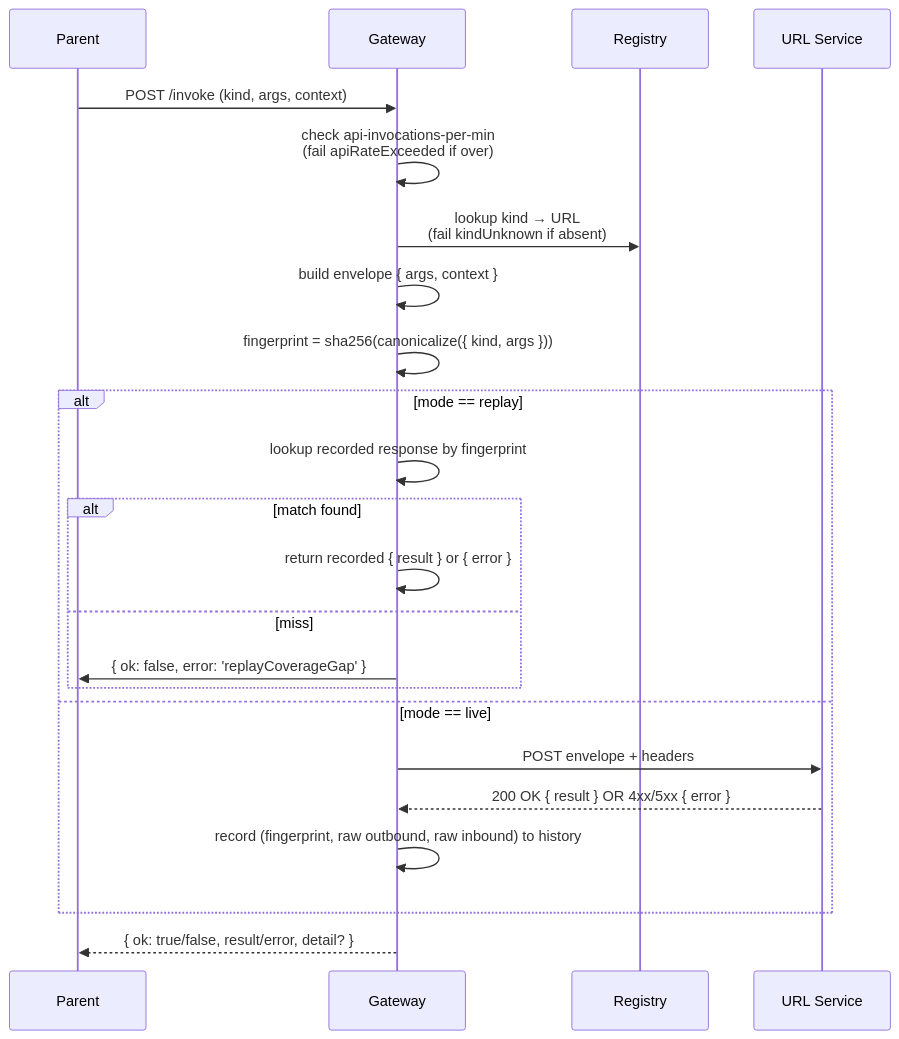
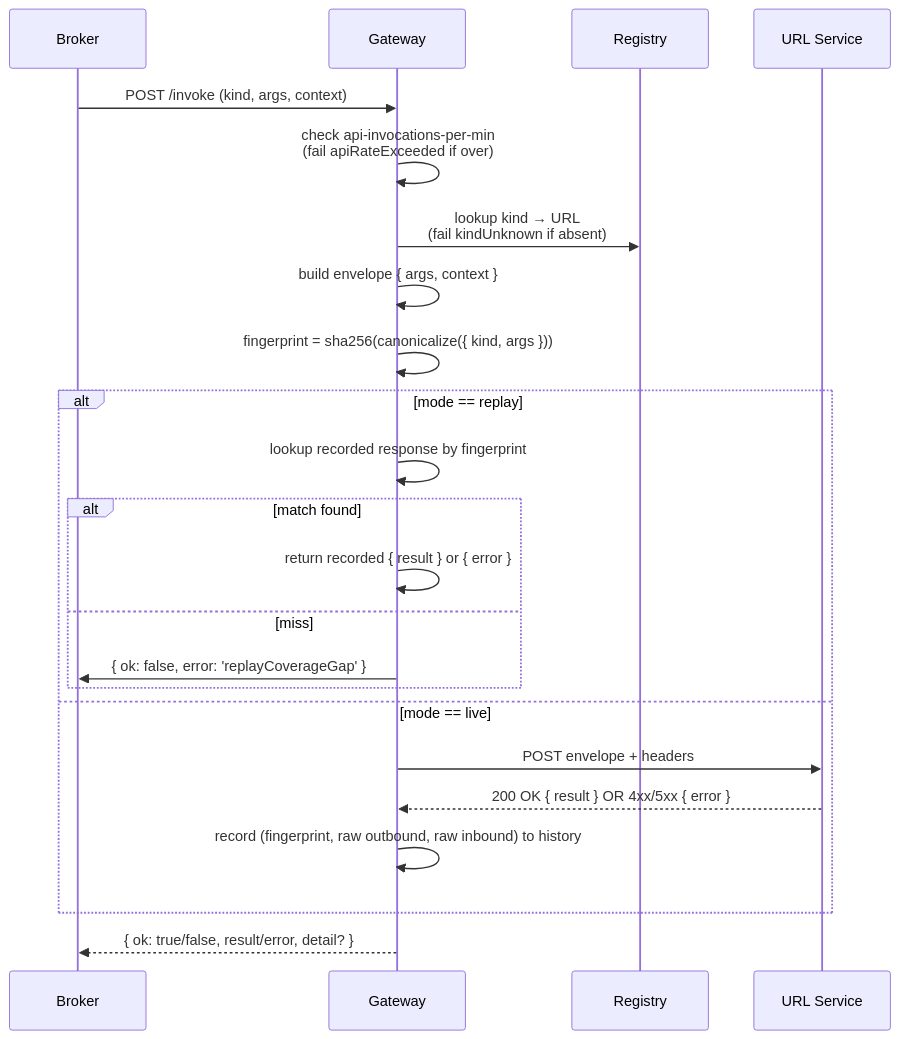
One commit to pax-historia/pax-backend changed the diagram in docs-next/subsystems/api-gateway.md. Above: the diagram before and after it, drawn with Mermaid. The commit also changed other lines of this file and 46 other files, not shown here.

````diff
--- a/docs-next/subsystems/api-gateway.md
+++ b/docs-next/subsystems/api-gateway.md
@@ -66,26 +66,26 @@
 ```mermaid
 sequenceDiagram
-  participant Parent
+  participant Broker
   participant GW as Gateway
   participant Registry
   participant URL as URL Service
 
-  Parent->>GW: POST /invoke (kind, args, context)
+  Broker->>GW: POST /invoke (kind, args, context)
   GW->>GW: check api-invocations-per-min<br/>(fail apiRateExceeded if over)
   GW->>Registry: lookup kind → URL<br/>(fail kindUnknown if absent)
   GW->>GW: build envelope { args, context }
   GW->>GW: fingerprint = sha256(canonicalize({ kind, args }))
   alt mode == replay
     GW->>GW: lookup recorded response by fingerprint
     alt match found
       GW->>GW: return recorded { result } or { error }
     else miss
-      GW->>Parent: { ok: false, error: 'replayCoverageGap' }
+      GW->>Broker: { ok: false, error: 'replayCoverageGap' }
     end
   else mode == live
     GW->>URL: POST envelope + headers
     URL-->>GW: 200 OK { result } OR 4xx/5xx { error }
     GW->>GW: record (fingerprint, raw outbound, raw inbound) to history
   end
-  GW-->>Parent: { ok: true/false, result/error, detail? }
+  GW-->>Broker: { ok: true/false, result/error, detail? }
 ```
````
